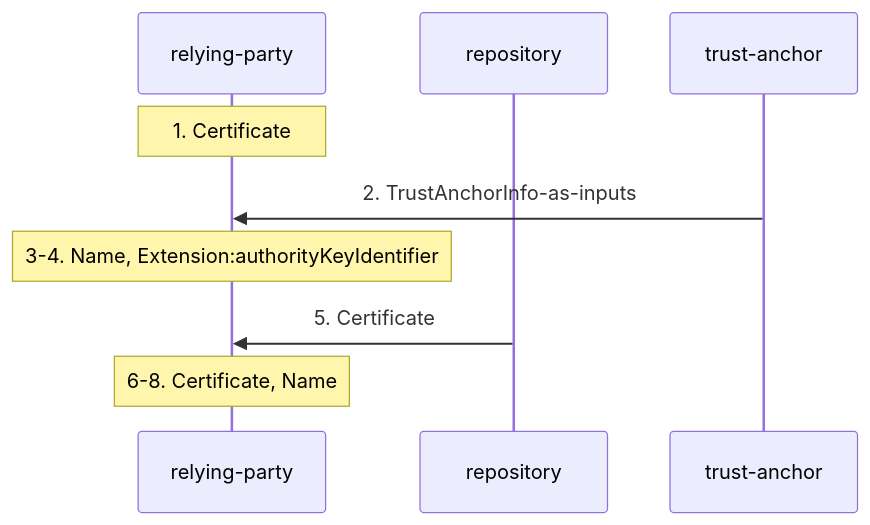
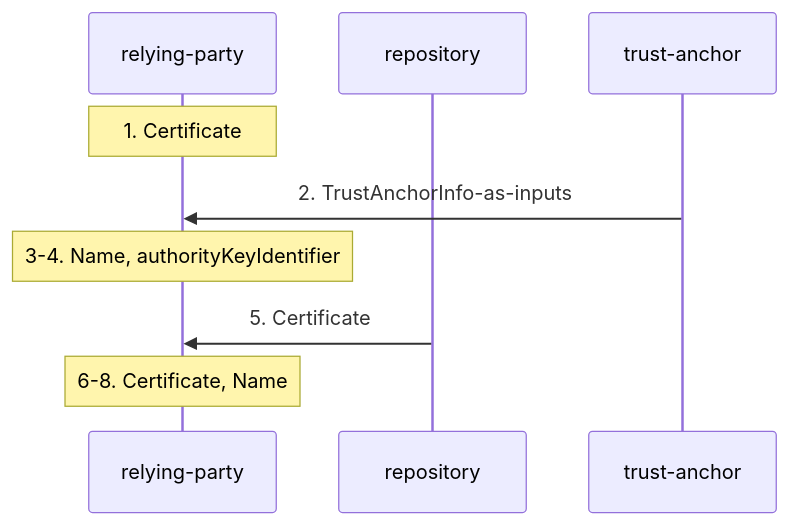
One commit to m-of-n/library changed diagram 11 of 15 in records/ietf/rfc-5280/distilled/protocol.md. Above: the diagram before and after it, drawn with Mermaid. The commit also changed other lines of this file and 7 other files, not shown here.

````diff
--- a/records/ietf/rfc-5280/distilled/protocol.md
+++ b/records/ietf/rfc-5280/distilled/protocol.md
@@ -364,11 +364,11 @@
 ```mermaid
 sequenceDiagram
   participant relying_party as relying-party
   participant repository as repository
   participant trust_anchor as trust-anchor
   Note over relying_party: 1. Certificate
   trust_anchor->>relying_party: 2. TrustAnchorInfo-as-inputs
-  Note over relying_party: 3-4. Name, Extension:authorityKeyIdentifier
+  Note over relying_party: 3-4. Name, authorityKeyIdentifier
   repository->>relying_party: 5. Certificate
   Note over relying_party: 6-8. Certificate, Name
 ```
````
